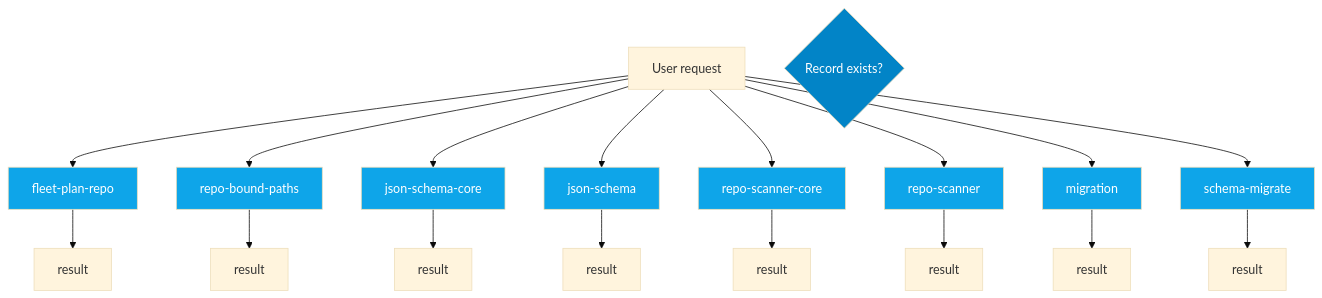
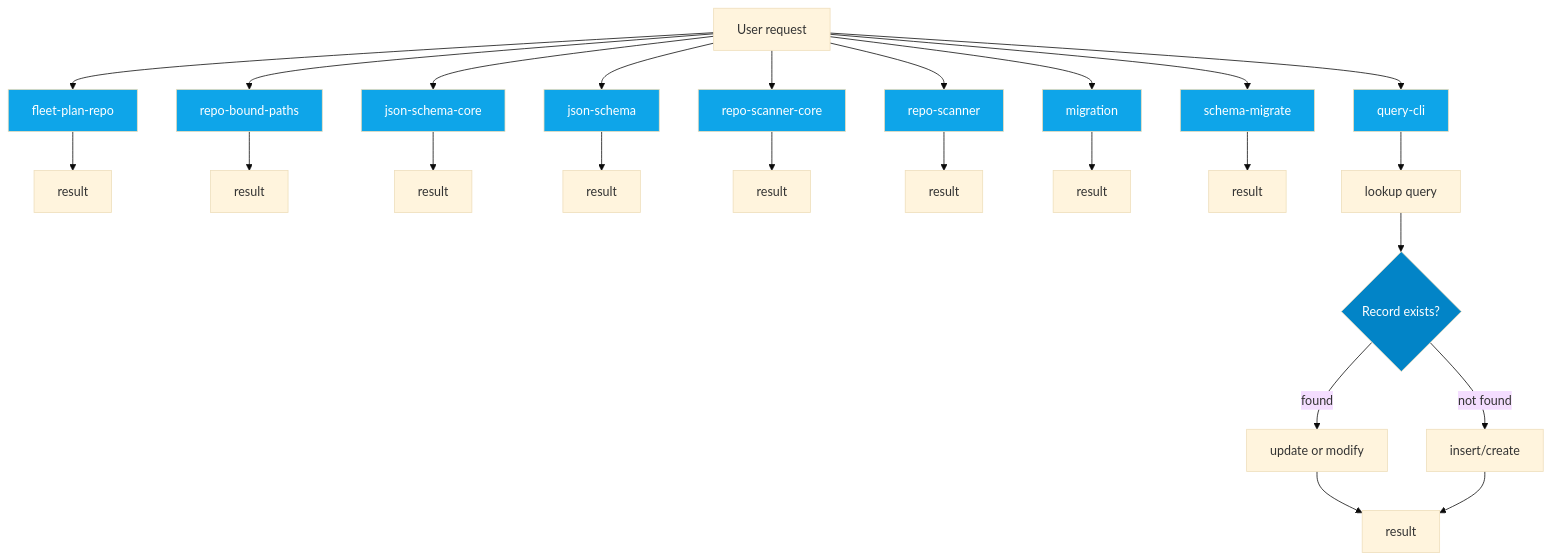
Before and after one commit to jscraik/coding-harness: the sixth of 14 diagrams in AI/context/diagram-context.md, drawn with Mermaid (base theme). The commit also changed other lines of this file and 33 other files, not shown here.

````diff
--- a/AI/context/diagram-context.md
+++ b/AI/context/diagram-context.md
@@ -374,34 +371,42 @@
 ```mermaid
 flowchart TD
   UserRequest["User request"]
   Decision{Record exists?}
   fleet_plan_repo_ecdc6499["fleet-plan-repo"]
   UserRequest --> fleet_plan_repo_ecdc6499
   fleet_plan_repo_ecdc6499 --> fleet_plan_repo_ecdc6499_result["result"]
   repo_bound_paths_e218b5b3["repo-bound-paths"]
   UserRequest --> repo_bound_paths_e218b5b3
   repo_bound_paths_e218b5b3 --> repo_bound_paths_e218b5b3_result["result"]
   json_schema_core_96d7e328["json-schema-core"]
   UserRequest --> json_schema_core_96d7e328
   json_schema_core_96d7e328 --> json_schema_core_96d7e328_result["result"]
   json_schema_74a768d7["json-schema"]
   UserRequest --> json_schema_74a768d7
   json_schema_74a768d7 --> json_schema_74a768d7_result["result"]
   repo_scanner_core_8e9f7646["repo-scanner-core"]
   UserRequest --> repo_scanner_core_8e9f7646
   repo_scanner_core_8e9f7646 --> repo_scanner_core_8e9f7646_result["result"]
   repo_scanner_a8b2579e["repo-scanner"]
   UserRequest --> repo_scanner_a8b2579e
   repo_scanner_a8b2579e --> repo_scanner_a8b2579e_result["result"]
   migration_8a6cead4["migration"]
   UserRequest --> migration_8a6cead4
   migration_8a6cead4 --> migration_8a6cead4_result["result"]
   schema_migrate_c0646635["schema-migrate"]
   UserRequest --> schema_migrate_c0646635
   schema_migrate_c0646635 --> schema_migrate_c0646635_result["result"]
+  query_cli_b95be64d["query-cli"]
+  UserRequest --> query_cli_b95be64d
+  query_cli_b95be64d --> query_cli_b95be64d_lookup["lookup query"]
+  query_cli_b95be64d_lookup --> Decision
+  Decision -->|found| query_cli_b95be64d_update["update or modify"]
+  Decision -->|not found| query_cli_b95be64d_create["insert/create"]
+  query_cli_b95be64d_update --> query_cli_b95be64d_result["result"]
+  query_cli_b95be64d_create --> query_cli_b95be64d_result["result"]
   classDef dbNode fill:#0ea5e9,color:#fff
-  class fleet_plan_repo_ecdc6499,repo_bound_paths_e218b5b3,json_schema_core_96d7e328,json_schema_74a768d7,repo_scanner_core_8e9f7646,repo_scanner_a8b2579e,migration_8a6cead4,schema_migrate_c0646635 dbNode
+  class fleet_plan_repo_ecdc6499,repo_bound_paths_e218b5b3,json_schema_core_96d7e328,json_schema_74a768d7,repo_scanner_core_8e9f7646,repo_scanner_a8b2579e,migration_8a6cead4,schema_migrate_c0646635,query_cli_b95be64d dbNode
   classDef decisionNode fill:#0284c7,color:#fff
   class Decision decisionNode
 
 ```
````
